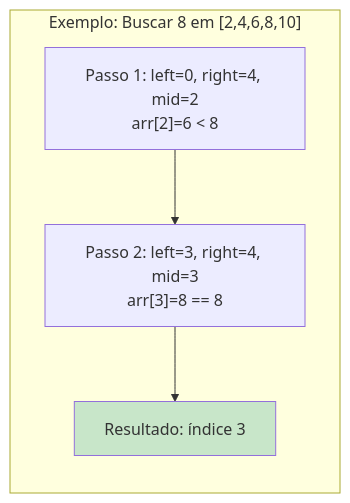
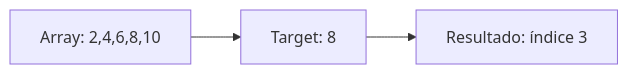
Before and after one commit to Daniel-Gehlen/binary-search: the second of 2 diagrams in README.md, drawn with Mermaid. The commit also changed other lines of this file, not shown here.

````diff
--- a/README.md
+++ b/README.md
@@ -113,8 +108,5 @@
 ```mermaid
 flowchart LR
-    subgraph "Exemplo: Buscar 8 em [2,4,6,8,10]"
-        A1["Passo 1: left=0, right=4, mid=2<br/>arr[2]=6 < 8"] --> A2["Passo 2: left=3, right=4, mid=3<br/>arr[3]=8 == 8"] --> A3["Resultado: índice 3"]
-    end
-    
-    style A3 fill:#c8e6c9
+    A[Array: 2,4,6,8,10] --> B[Target: 8]
+    B --> C[Resultado: índice 3]
 ```
````
